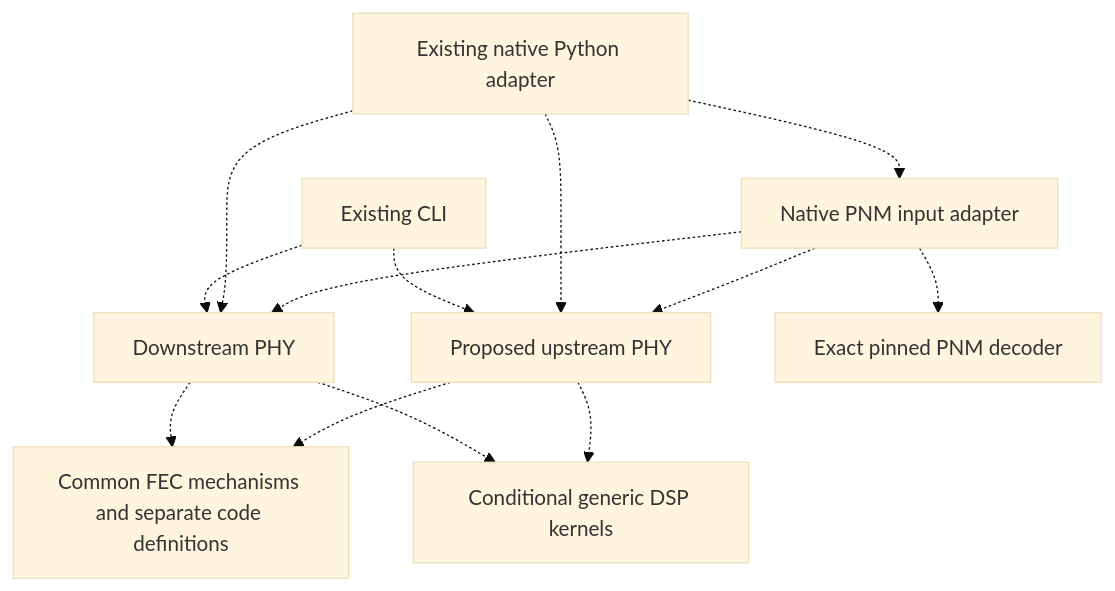
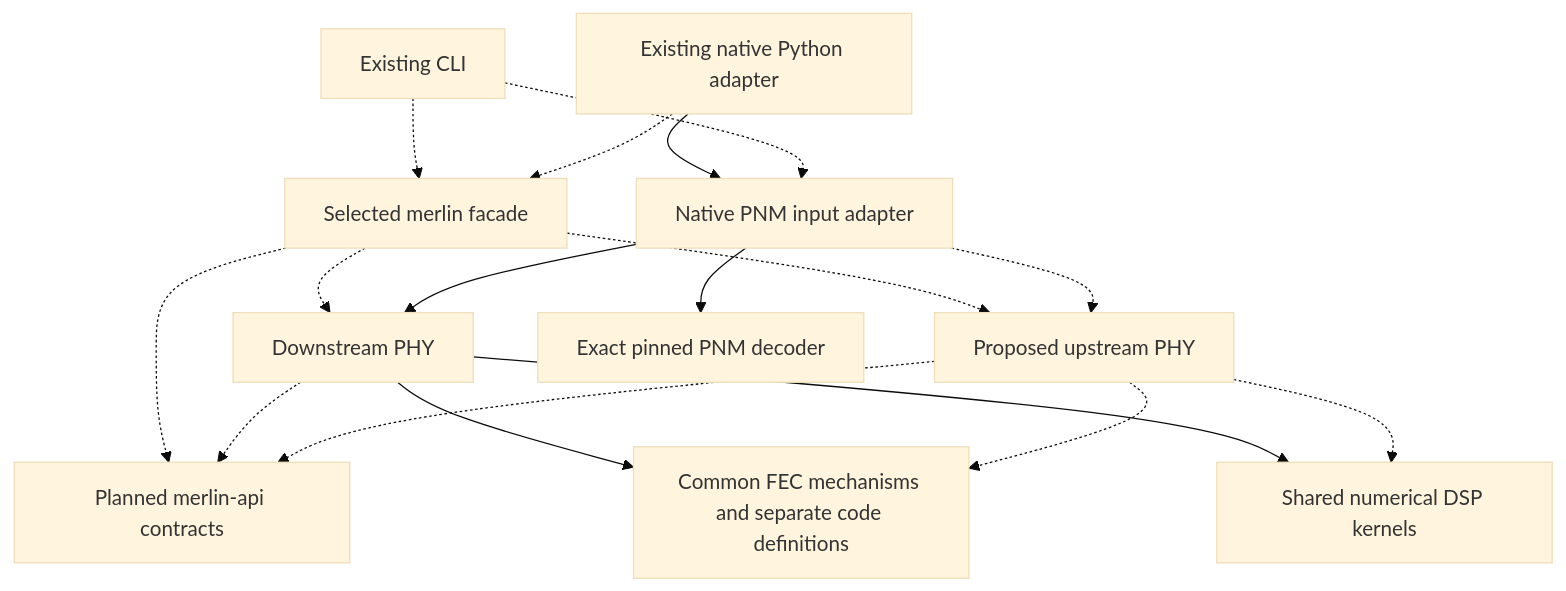
The first of 5 diagrams in docs/architecture.md (mgarcia01752/merlin), drawn with Mermaid (base theme) before and after one commit. The commit also changed other lines of this file and 30 other files, not shown here.

Commit message:
Feature: Share DSP kernels and define unified API - Select Rust facade and Python package namespaces - Reuse FFT and PRBS15 with compatible callers - Preserve downstream APIs and acceptance history - Tests: Rust, native Python, Clippy and benchmarks

````diff
--- a/docs/architecture.md
+++ b/docs/architecture.md
@@ -132,15 +136,19 @@
 ```mermaid
 flowchart TD
-    CLI[Existing CLI] -.-> DS[Downstream PHY]
-    CLI -.-> US[Proposed upstream PHY]
-    PY[Existing native Python adapter] -.-> DS
-    PY -.-> US
-    PY -.-> INPUT[Native PNM input adapter]
-    INPUT -.-> DS
+    CLI[Existing CLI] -.-> ROOT[Selected merlin facade]
+    PY[Existing native Python adapter] -.-> ROOT
+    ROOT -.-> DS[Downstream PHY]
+    ROOT -.-> US[Proposed upstream PHY]
+    ROOT -.-> API[Planned merlin-api contracts]
+    DS -.-> API
+    US -.-> API
+    PY --> INPUT[Native PNM input adapter]
+    CLI -.-> INPUT
+    INPUT --> DS
     INPUT -.-> US
-    INPUT -.-> PNM[Exact pinned PNM decoder]
-    DS -.-> FEC[Common FEC mechanisms and separate code definitions]
+    INPUT --> PNM[Exact pinned PNM decoder]
+    DS --> FEC[Common FEC mechanisms and separate code definitions]
     US -.-> FEC
-    DS -.-> DSP[Conditional generic DSP kernels]
+    DS --> DSP[Shared numerical DSP kernels]
     US -.-> DSP
 ```
````
